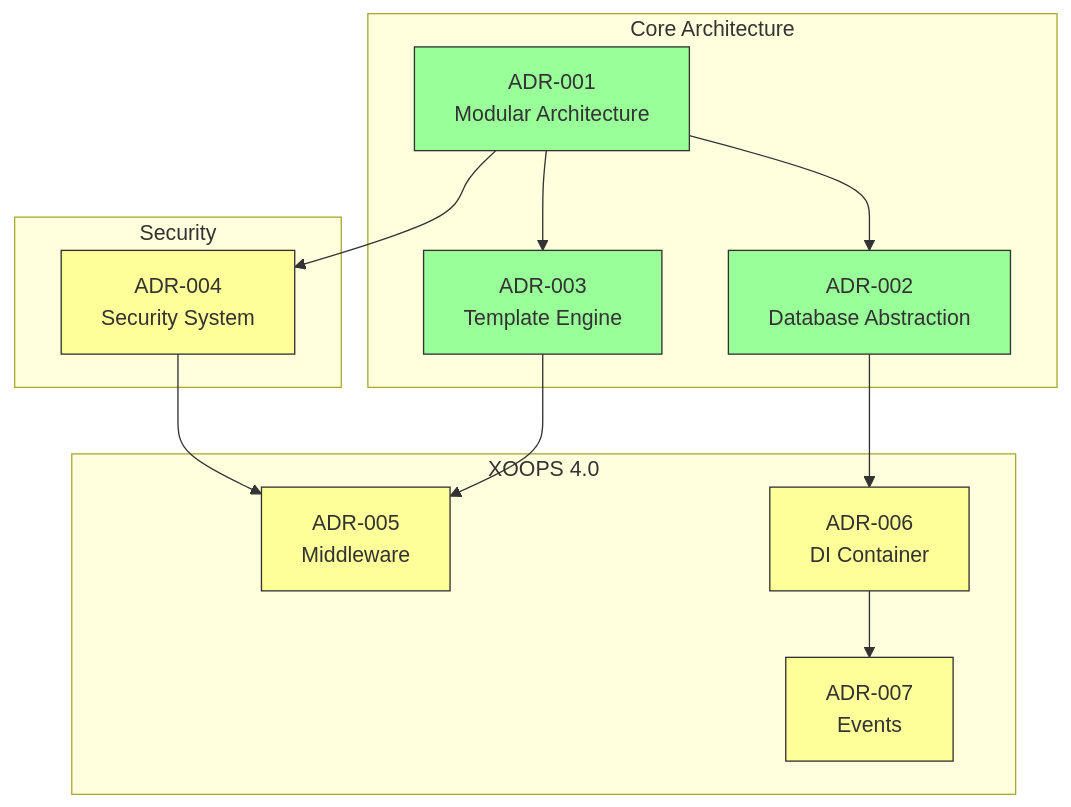
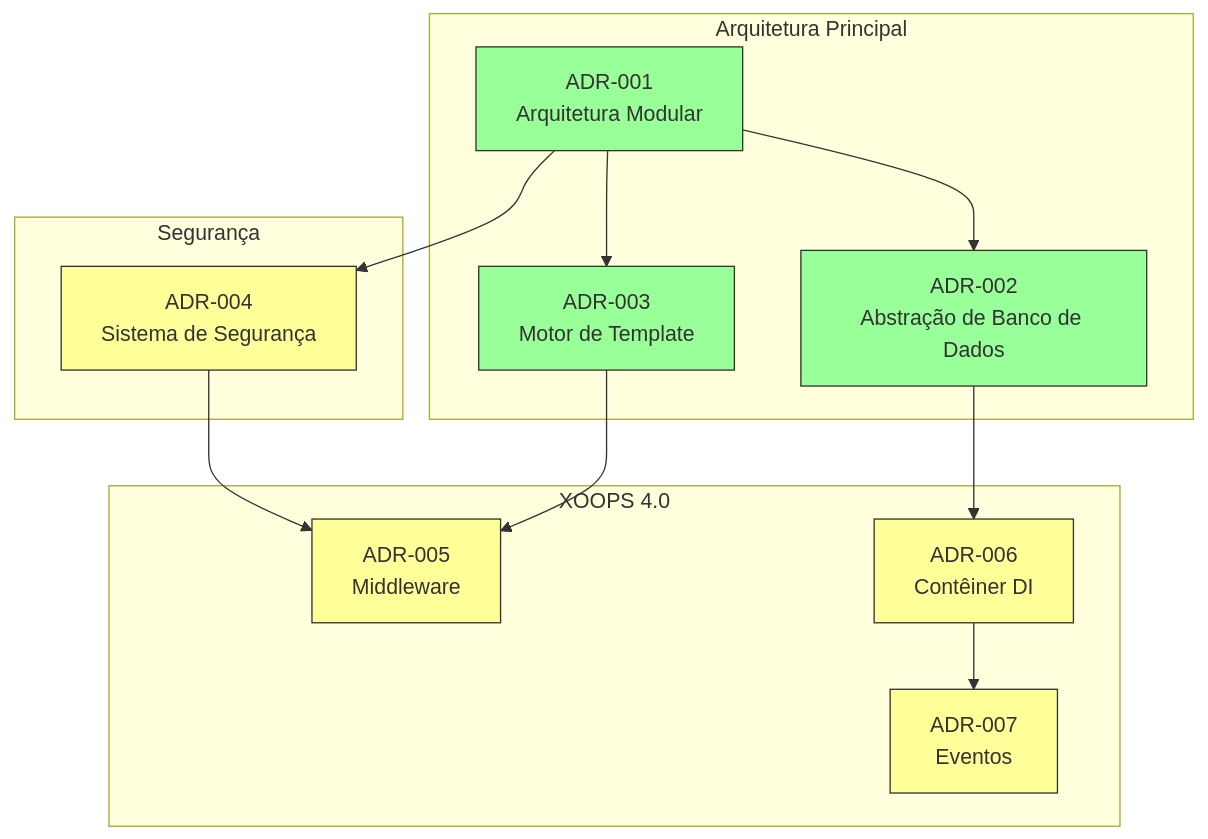
Before and after one commit to mambax7/xoops-docs: the first of 2 diagrams in apps/docs-27/src/content/docs/pt/contributing/adrs/index.md, drawn with Mermaid. The commit also changed other lines of this file and 162 other files, not shown here.

````diff
--- a/apps/docs-27/src/content/docs/pt/contributing/adrs/index.md
+++ b/apps/docs-27/src/content/docs/pt/contributing/adrs/index.md
@@ -52,34 +52,34 @@
 ```mermaid
 graph TB
-    subgraph "Core Architecture"
-        A[ADR-001<br>Modular Architecture]
-        B[ADR-002<br>Database Abstraction]
-        C[ADR-003<br>Template Engine]
+    subgraph "Arquitetura Principal"
+        A[ADR-001<br>Arquitetura Modular]
+        B[ADR-002<br>Abstração de Banco de Dados]
+        C[ADR-003<br>Motor de Template]
     end
 
-    subgraph "Security"
-        D[ADR-004<br>Security System]
+    subgraph "Segurança"
+        D[ADR-004<br>Sistema de Segurança]
     end
 
     subgraph "XOOPS 4.0"
         E[ADR-005<br>Middleware]
-        F[ADR-006<br>DI Container]
-        G[ADR-007<br>Events]
+        F[ADR-006<br>Contêiner DI]
+        G[ADR-007<br>Eventos]
     end
 
     A --> B
     A --> C
     A --> D
     B --> F
     C --> E
     D --> E
     F --> G
 
     style A fill:#9f9,stroke:#333
     style B fill:#9f9,stroke:#333
     style C fill:#9f9,stroke:#333
     style D fill:#ff9,stroke:#333
     style E fill:#ff9,stroke:#333
     style F fill:#ff9,stroke:#333
     style G fill:#ff9,stroke:#333
 ```
````
